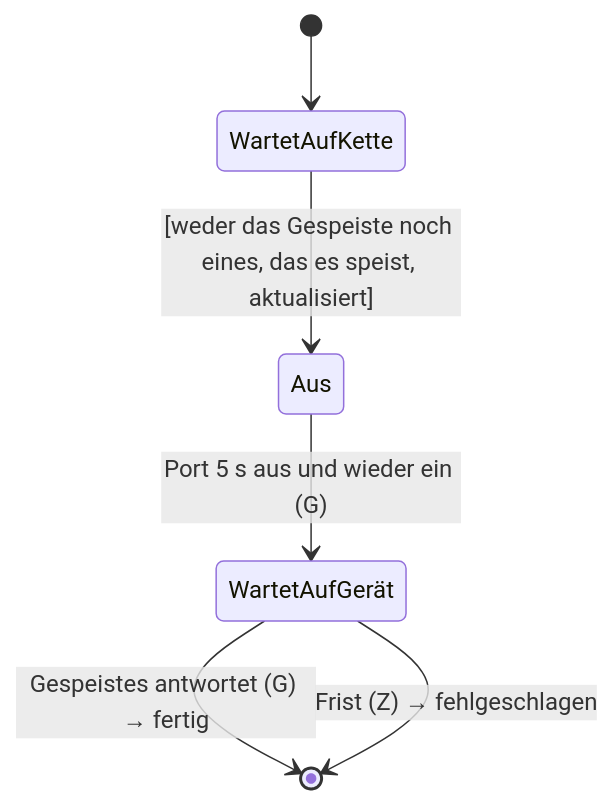
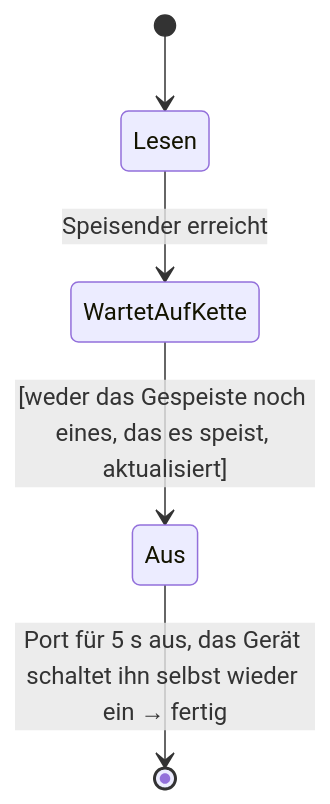
The sixth of 10 diagrams in docs/concepts/device-state.md (koa/netbox-provisioner), drawn with Mermaid before and after one commit. The commit also changed other lines of this file and 12 other files, not shown here.

````diff
--- a/docs/concepts/device-state.md
+++ b/docs/concepts/device-state.md
@@ -364,8 +370,7 @@
 ```mermaid
 stateDiagram-v2
-    [*] --> WartetAufKette
+    [*] --> Lesen
+    Lesen --> WartetAufKette: Speisender erreicht
     WartetAufKette --> Aus: [weder das Gespeiste noch eines, das es speist, aktualisiert]
-    Aus --> WartetAufGerät: Port 5 s aus und wieder ein (G)
-    WartetAufGerät --> [*]: Gespeistes antwortet (G) → fertig
-    WartetAufGerät --> [*]: Frist (Z) → fehlgeschlagen
+    Aus --> [*]: Port für 5 s aus, das Gerät schaltet ihn selbst wieder ein → fertig
 ```
````
